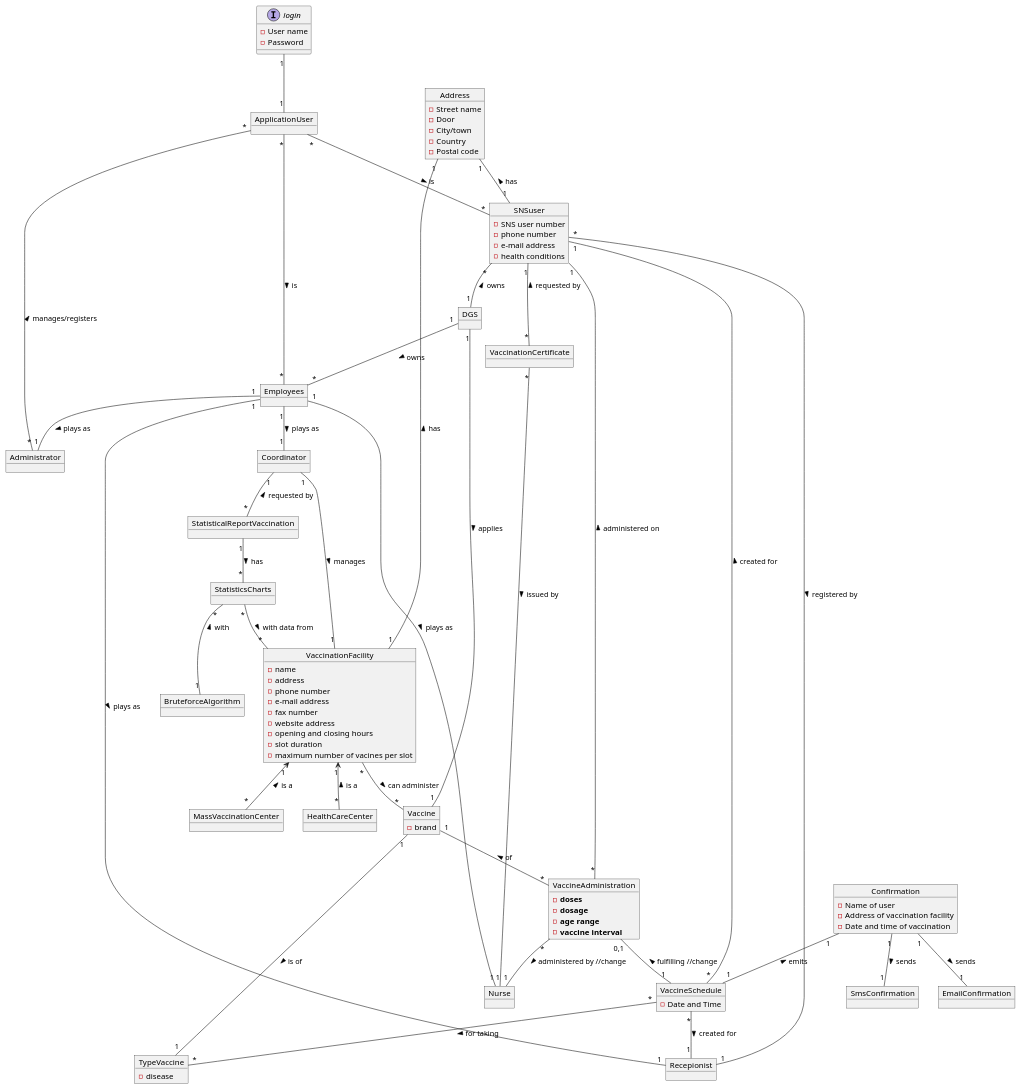
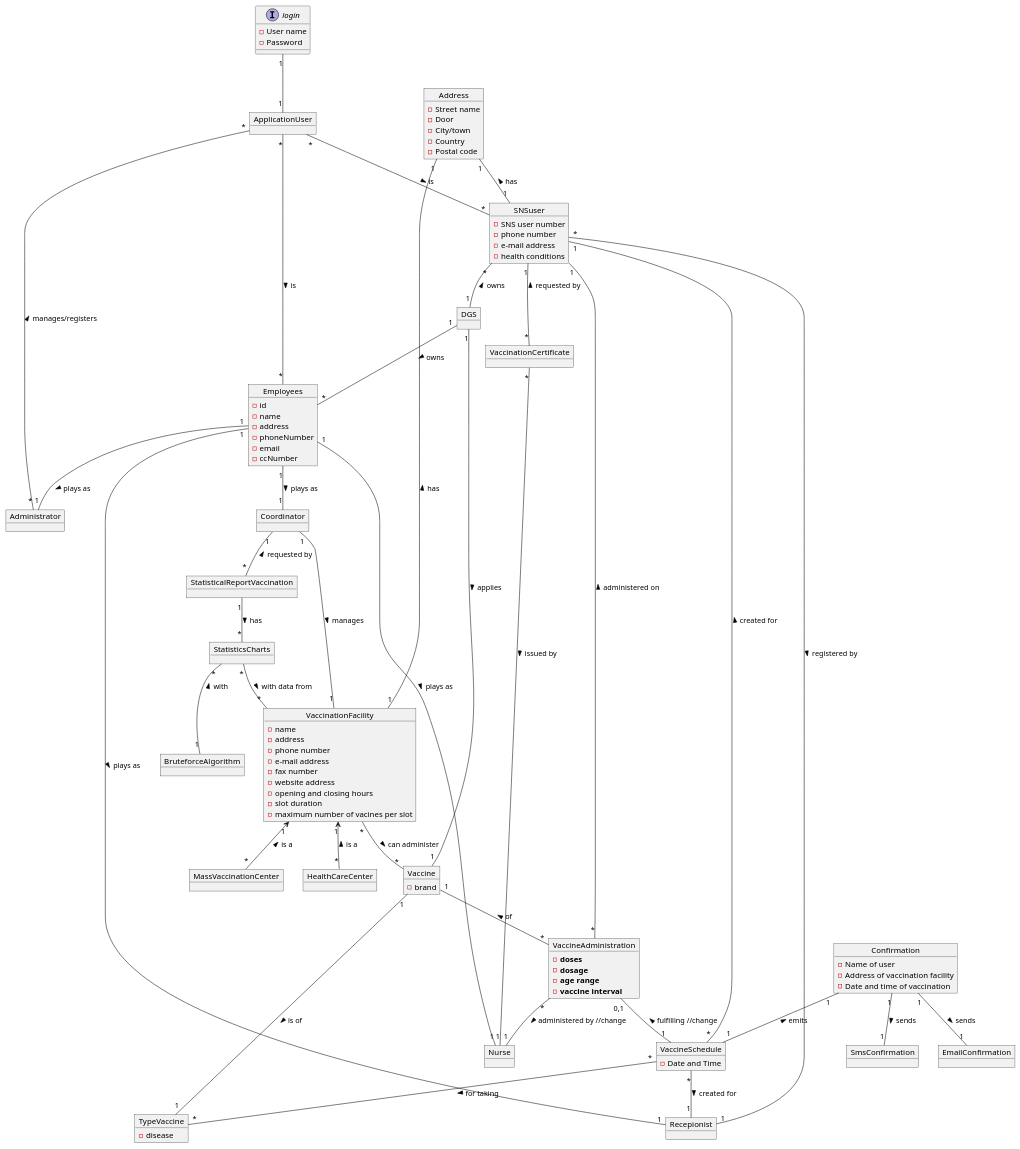
Before and after one commit to osnilas/SNSsystem: the diagram in docs/SprintB/DM.puml, drawn with PlantUML. The commit also changed 17 other files, not shown here.

```diff
--- a/docs/SprintB/DM.puml
+++ b/docs/SprintB/DM.puml
@@ -1,108 +1,115 @@
 @startuml
 'https://plantuml.com/object-diagram
 
 interface login{
 -User name
 -Password
 }
 object SNSuser{
 -SNS user number
 -phone number
 -e-mail address
 -health conditions
 }
 object DGS
 object Administrator
 object Coordinator
 object Nurse
 object Recepionist
 object VaccinationFacility{
 -name
 -address
 -phone number
 -e-mail address
 -fax number
 -website address
 -opening and closing hours
 -slot duration
 -maximum number of vacines per slot
 }
 object StatisticalReportVaccination
 object MassVaccinationCenter
 object HealthCareCenter
 object TypeVaccine{
 -disease
 }
 
 object Vaccine{
 -brand
 
 }
 
 object VaccineSchedule{
 -Date and Time
 }
 object VaccinationCertificate
 object VaccineAdministration {
 -**doses**
 -**dosage**
 -**age range**
 -**vaccine interval**
 }
 object Confirmation{
 -Name of user
 -Address of vaccination facility
 -Date and time of vaccination
 }
 object SmsConfirmation
 object EmailConfirmation
-object Employees
+object Employees{
+-id
+-name
+-address
+-phoneNumber
+-email
+-ccNumber
+}
 object StatisticsCharts
 object BruteforceAlgorithm
 object ApplicationUser
 object Address{
 -Street name
 -Door
 -City/town
 -Country
 -Postal code
 }
 
 ApplicationUser"*" -- "*"Employees: > is
 ApplicationUser"*" -- "*"SNSuser: > is
 Administrator"*" -- "*" ApplicationUser: > manages/registers
 login"1"--"1"ApplicationUser
 SNSuser"*"--"1" DGS : < owns
 DGS"1" -- "*"Employees : > owns
 DGS "1"--"1" Vaccine : > applies
 Employees"1"--"1" Recepionist: > plays as
 Employees"1"--"1" Nurse: > plays as
 Employees"1"--"1" Coordinator: > plays as
 Employees"1"--"1" Administrator: > plays as
 Address"1"--"1" VaccinationFacility: < has
 Address"1"--"1" SNSuser: < has
 SNSuser "1"--"*" VaccinationCertificate: < requested by
 Coordinator"1" --"1" VaccinationFacility: > manages
 VaccinationFacility"1"<--"*" MassVaccinationCenter: < is a
 
 VaccinationFacility"1"<--"*" HealthCareCenter: < is a
 Coordinator"1" -- "*"StatisticalReportVaccination: < requested by
 StatisticalReportVaccination"1" -- "*"StatisticsCharts: > has
 StatisticsCharts"*" -- "1"BruteforceAlgorithm: < with
 StatisticsCharts"*" -- "*"VaccinationFacility: > with data from
 VaccinationFacility "*"--"*" Vaccine: > can administer
 VaccineSchedule"*" -- "1"SNSuser: > created for
 VaccineSchedule"*" -- "1"Recepionist: > created for
 VaccineAdministration"*" -- "1"Nurse: > administered by //change
 Vaccine"1" -- "*"VaccineAdministration: < of
 Recepionist"1" -- "*"SNSuser: < registered by
 VaccineAdministration"*" -- "1"SNSuser: > administered on
 VaccineAdministration"0,1" -- "1"VaccineSchedule: < fulfilling //change
 VaccinationCertificate"*" -- "1"Nurse: > issued by
 Confirmation"1" -- "1"VaccineSchedule: < emits
 Confirmation"1" -- "1"SmsConfirmation:> sends
 Confirmation "1"--"1" EmailConfirmation: > sends
 VaccineSchedule"*" -- "*"TypeVaccine:> for taking
 Vaccine"1" --"1" TypeVaccine:> is of
 
 @enduml
```
